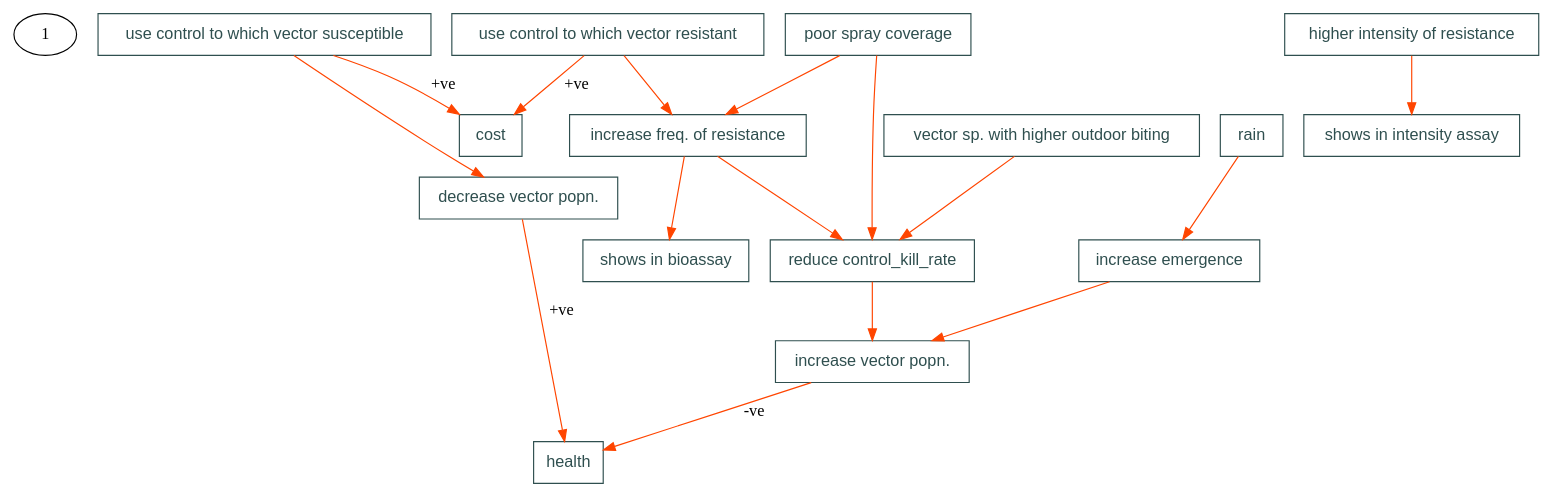
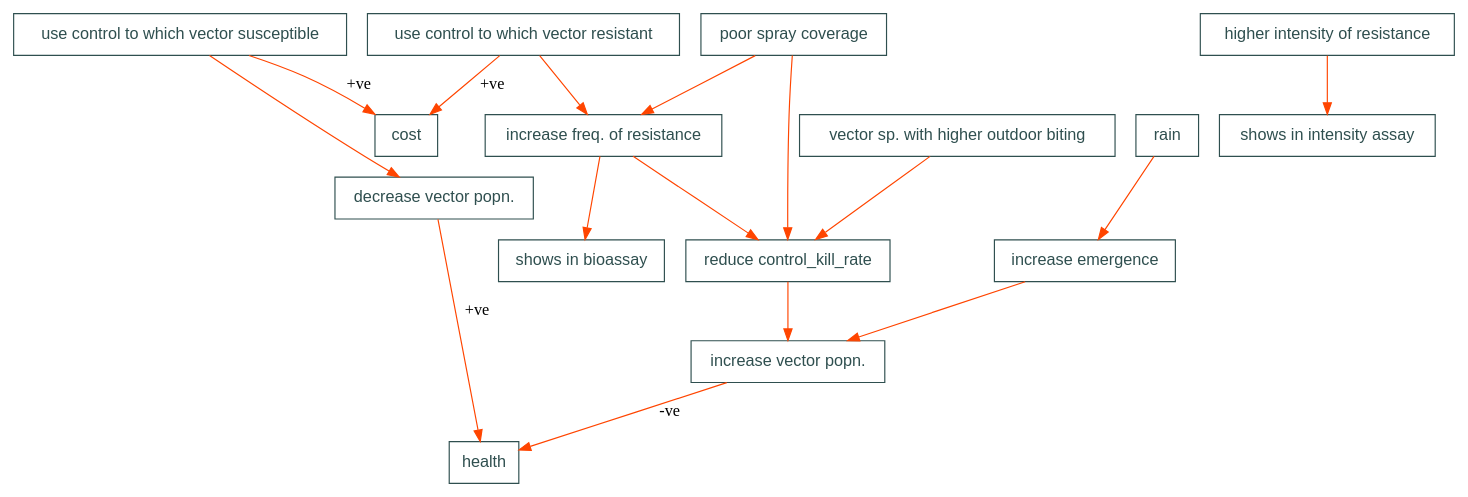
One commit to AndySouth/resistanceGame changed the diagram in inst/extdata/data diagrams/game actions1.gv. Above: the diagram before and after it, drawn with Graphviz. The commit also changed 1 other file, not shown here.

Commit message:
diagrams

```diff
--- a/inst/extdata/data diagrams/game actions1.gv
+++ b/inst/extdata/data diagrams/game actions1.gv
@@ -1,67 +1,66 @@
 digraph {
 
   # graph, node, and edge definitions
   # compound = false allows edges between components of clusters
   graph [compound = false, overlap = true, #nodesep = .5, ranksep = .25,
          color = crimson] #, layout = neato]
 
-1
 
   node [fontname = Helvetica, fontcolor = darkslategray,
         shape = rectangle, #fixedsize = true, width = 1,
         color = darkslategray]
 
   edge [color = orangered, arrowhead = normal, arrowtail = none]
 
 /**
   subgraph cluster_vectors {
     #node [fixedsize = true, width = 3]
     edge [len=0, color=transparent];
     label = "A:Vectors";
     "A1:Survival" -> "A2:Outdoor biting%"
   }
 
   subgraph cluster_controls {
     #node [fixedsize = true, width = 3]
     edge [len=0, color=transparent];
     label = "B:Controls";
     "B1:list of kill rates" -> "B2:residual life" -> "B3:cost"
   }
 
   subgraph cluster_resistances {
     #node [fixedsize = true] #, width = 3
     edge [len=0, color=transparent];
     label = "C:Resistances";
     "C1:list of controls and % effect on each" -> "C2:rate of increase" -> "C3:rate of decrease"
   }
 **/  
 
   #edges (links) between nodes
 
 #can add labels to edges but might make less clear
 #[ label = " -" ]
   "increase vector popn." -> "health"  [ label = " -ve" ]
   "decrease vector popn." -> "health"  [ label = " +ve" ]  
 
   "poor spray coverage" -> "reduce control_kill_rate" -> "increase vector popn." # -> "reduce health"  
   
   "poor spray coverage" -> "increase freq. of resistance" -> "reduce control_kill_rate"  
   
   "rain" -> "increase emergence" -> "increase vector popn." 
   
   "vector sp. with higher outdoor biting" -> "reduce control_kill_rate"
   
   "use control to which vector susceptible" -> "decrease vector popn."
 
   "use control to which vector susceptible" -> "cost" [ label = " +ve" ]
 
   "higher intensity of resistance" -> "shows in intensity assay"
   "increase freq. of resistance" -> "shows in bioassay"
 
   "use control to which vector resistant" -> "increase freq. of resistance"
   "use control to which vector resistant" -> "cost" [ label = " +ve" ]
 
   #specifies a new node
   #Information             [width = 1.5]
 
 }
```
